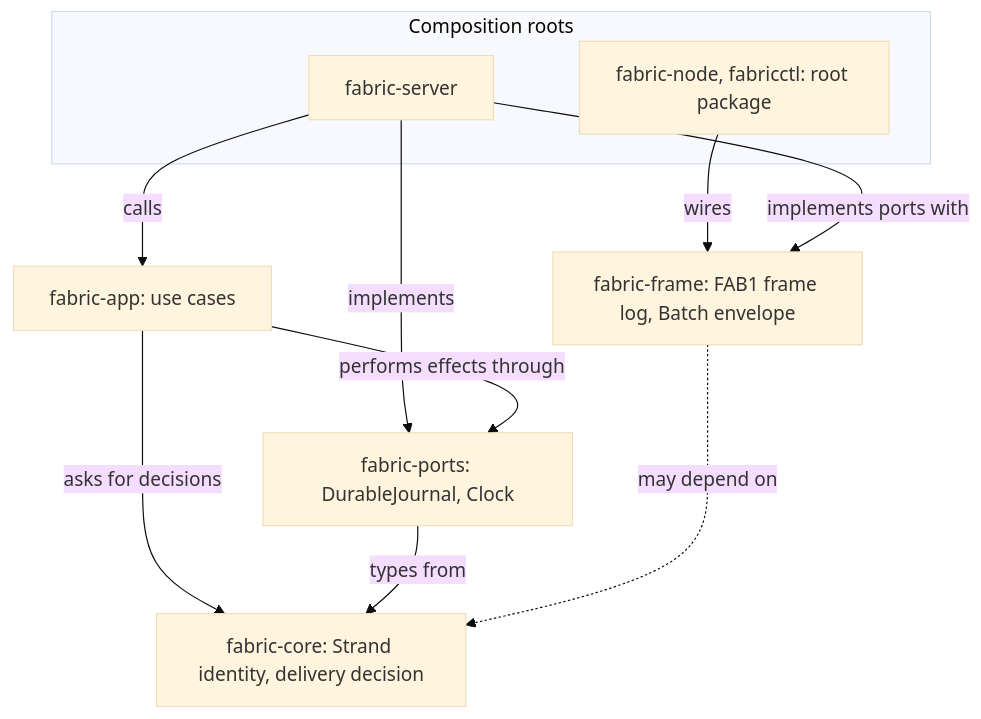
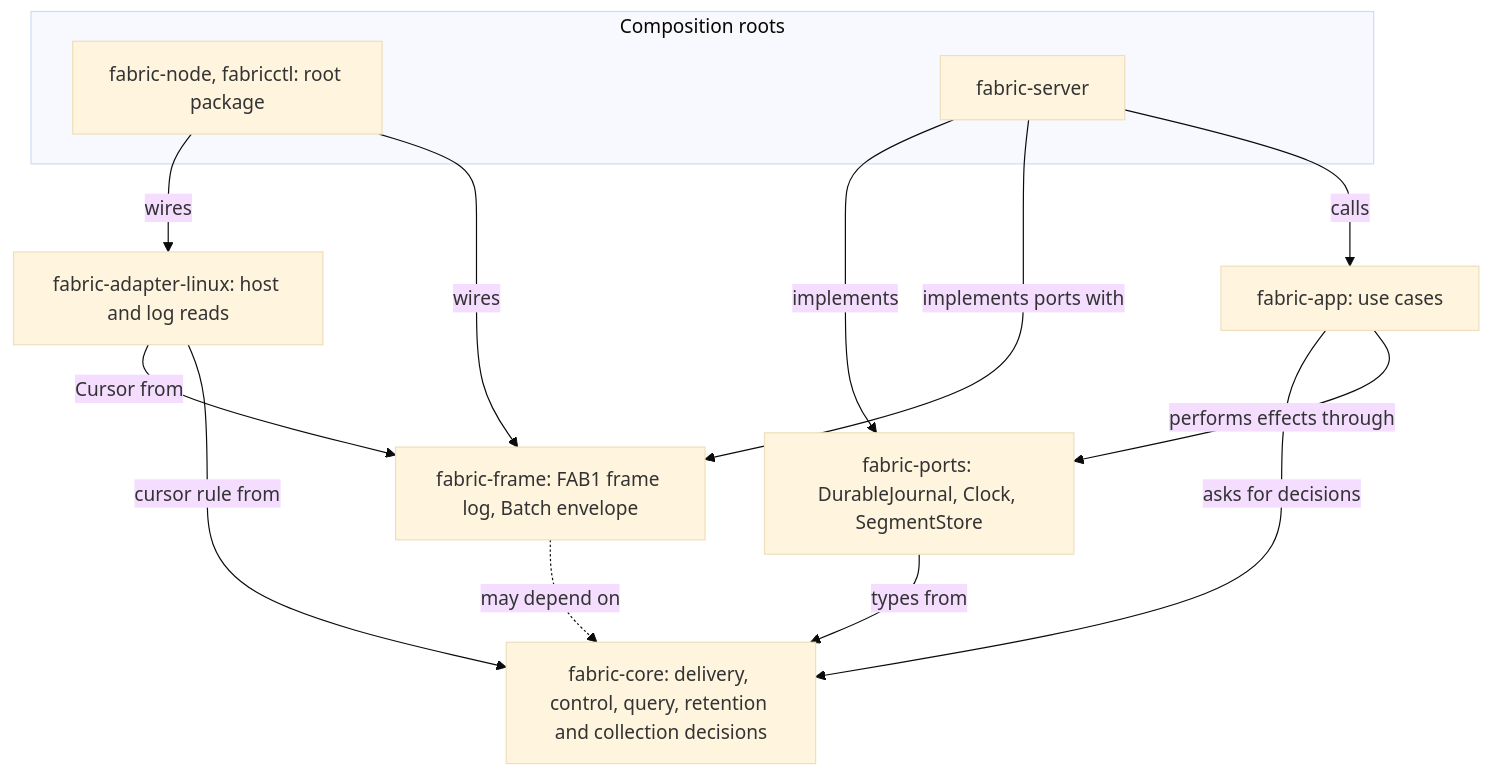
One commit to kmosoti/FabricO11y changed the diagram in docs/diagrams/layers.mmd. Above: the diagram before and after it, drawn with Mermaid (base theme). The commit also changed 14 other files, not shown here.

First line of the commit message:
Record the semantic-kernels milestone and update the architecture views

```diff
--- a/docs/diagrams/layers.mmd
+++ b/docs/diagrams/layers.mmd
@@ -1,17 +1,21 @@
 flowchart TB
     subgraph Roots[Composition roots]
         Node[fabric-node, fabricctl: root package]
         Server[fabric-server]
     end
     App[fabric-app: use cases]
-    Ports[fabric-ports: DurableJournal, Clock]
+    Ports[fabric-ports: DurableJournal, Clock, SegmentStore]
     Support[fabric-frame: FAB1 frame log, Batch envelope]
-    Core[fabric-core: Strand identity, delivery decision]
+    Linux[fabric-adapter-linux: host and log reads]
+    Core[fabric-core: delivery, control, query, retention and collection decisions]
     Node -->|wires| Support
+    Node -->|wires| Linux
+    Linux -->|cursor rule from| Core
+    Linux -->|Cursor from| Support
     Server -->|calls| App
     Server -->|implements ports with| Support
     Server -->|implements| Ports
     App -->|performs effects through| Ports
     App -->|asks for decisions| Core
     Ports -->|types from| Core
     Support -.->|may depend on| Core
```
